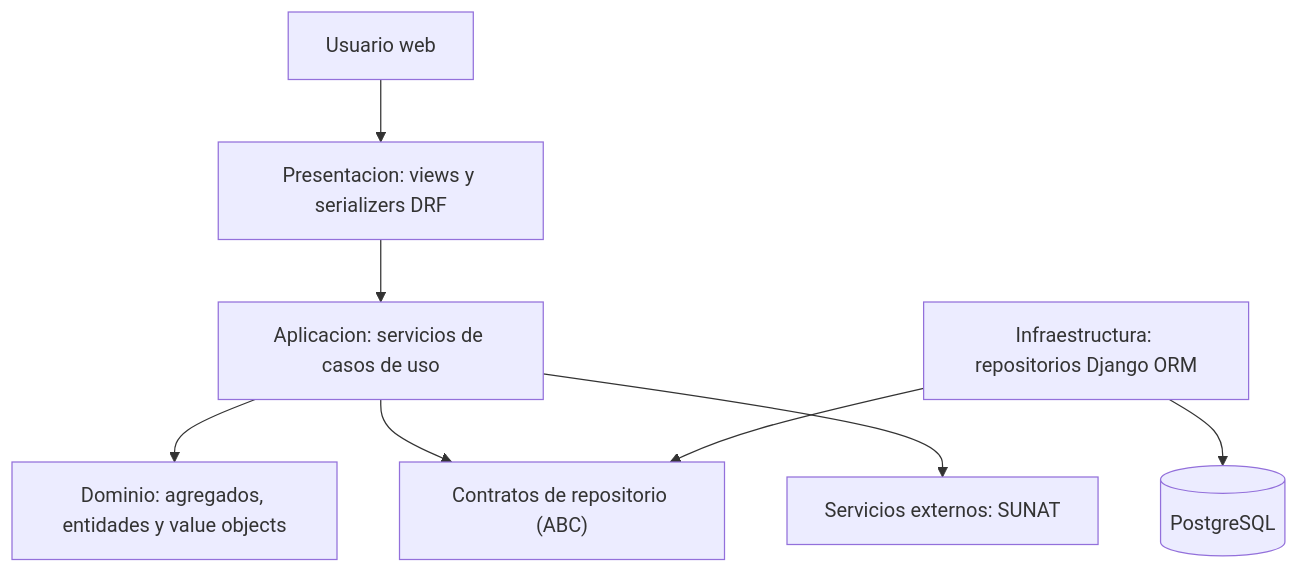
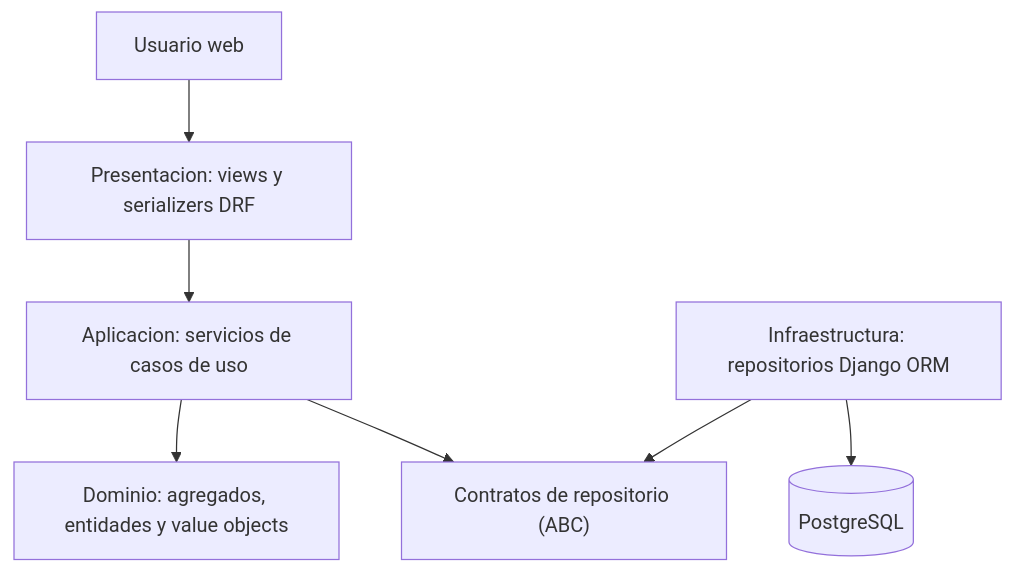
The diagram in README.md (javierRock/SoftwareTextil), drawn with Mermaid before and after one commit. The commit also changed other lines of this file and 7 other files, not shown here.

````diff
--- a/README.md
+++ b/README.md
@@ -68,10 +133,9 @@
 ```mermaid
 flowchart TD
     Web["Usuario web"] --> Controllers["Presentacion: views y serializers DRF"]
     Controllers --> Services["Aplicacion: servicios de casos de uso"]
     Services --> Domain["Dominio: agregados, entidades y value objects"]
     Services --> Ports["Contratos de repositorio (ABC)"]
     Repositories["Infraestructura: repositorios Django ORM"] --> Ports
     Repositories --> DB[("PostgreSQL")]
-    Services --> External["Servicios externos: SUNAT"]
 ```
````
